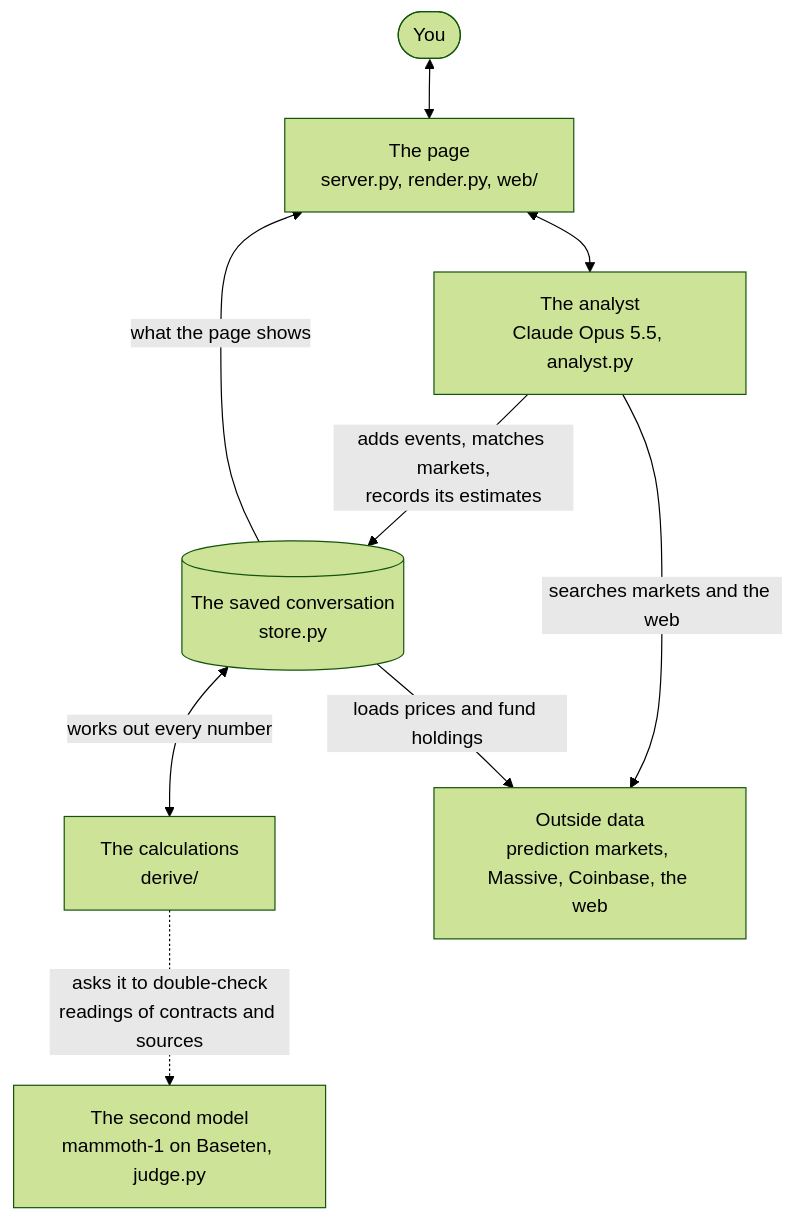
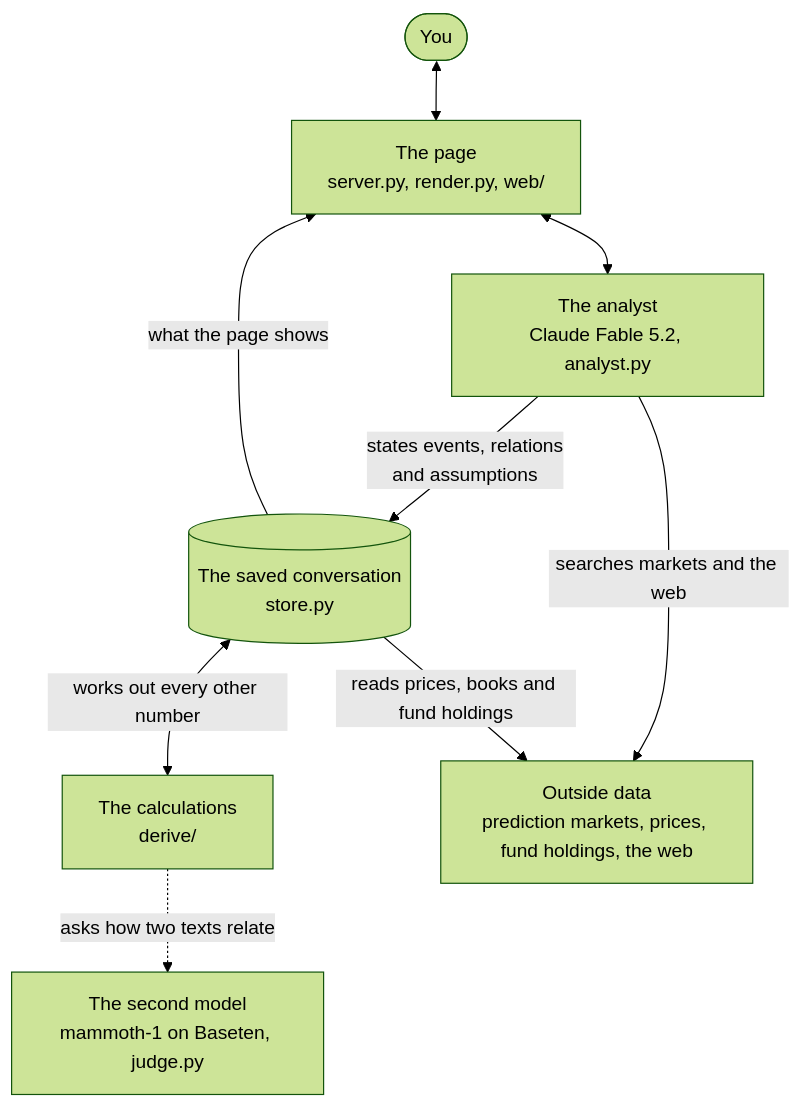
Before and after one commit to owassmer/event-risk: the diagram in README.md, drawn with Mermaid (forest theme). The commit also changed other lines of this file and 167 other files, not shown here.

````diff
--- a/README.md
+++ b/README.md
@@ -268,19 +271,19 @@
 ```mermaid
 flowchart TB
     you(["You"])
     page["The page<br/>server.py, render.py, web/"]
-    analyst["The analyst<br/>Claude Opus 5.5, analyst.py"]
+    analyst["The analyst<br/>Claude Fable 5.2, analyst.py"]
     saved[("The saved conversation<br/>store.py")]
     calc["The calculations<br/>derive/"]
     checker["The second model<br/>mammoth-1 on Baseten, judge.py"]
-    outside["Outside data<br/>prediction markets, Massive, Coinbase, the web"]
+    outside["Outside data<br/>prediction markets, prices, fund holdings, the web"]
 
     you <--> page
     page <--> analyst
-    analyst -->|"adds events, matches markets,<br/>records its estimates"| saved
+    analyst -->|"states events, relations<br/>and assumptions"| saved
     analyst -->|"searches markets and the web"| outside
-    saved -->|"loads prices and fund holdings"| outside
-    saved <-->|"works out every number"| calc
-    calc -.->|"asks it to double-check<br/>readings of contracts and sources"| checker
+    saved -->|"reads prices, books and fund holdings"| outside
+    saved <-->|"works out every other number"| calc
+    calc -.->|"asks how two texts relate"| checker
     saved -->|"what the page shows"| page
 ```
````
